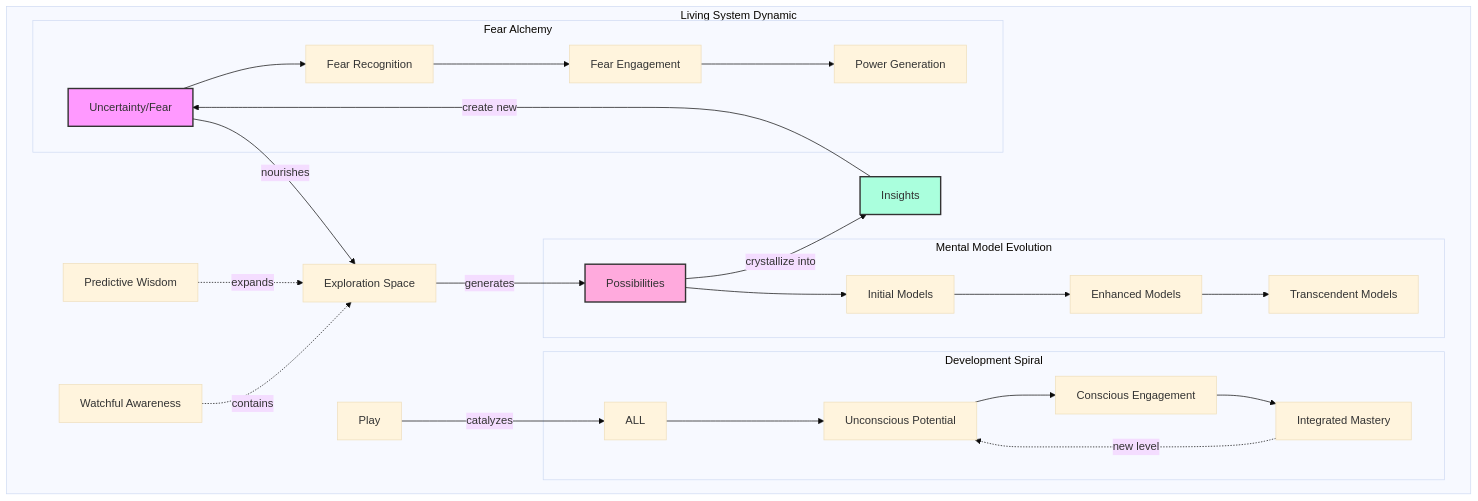
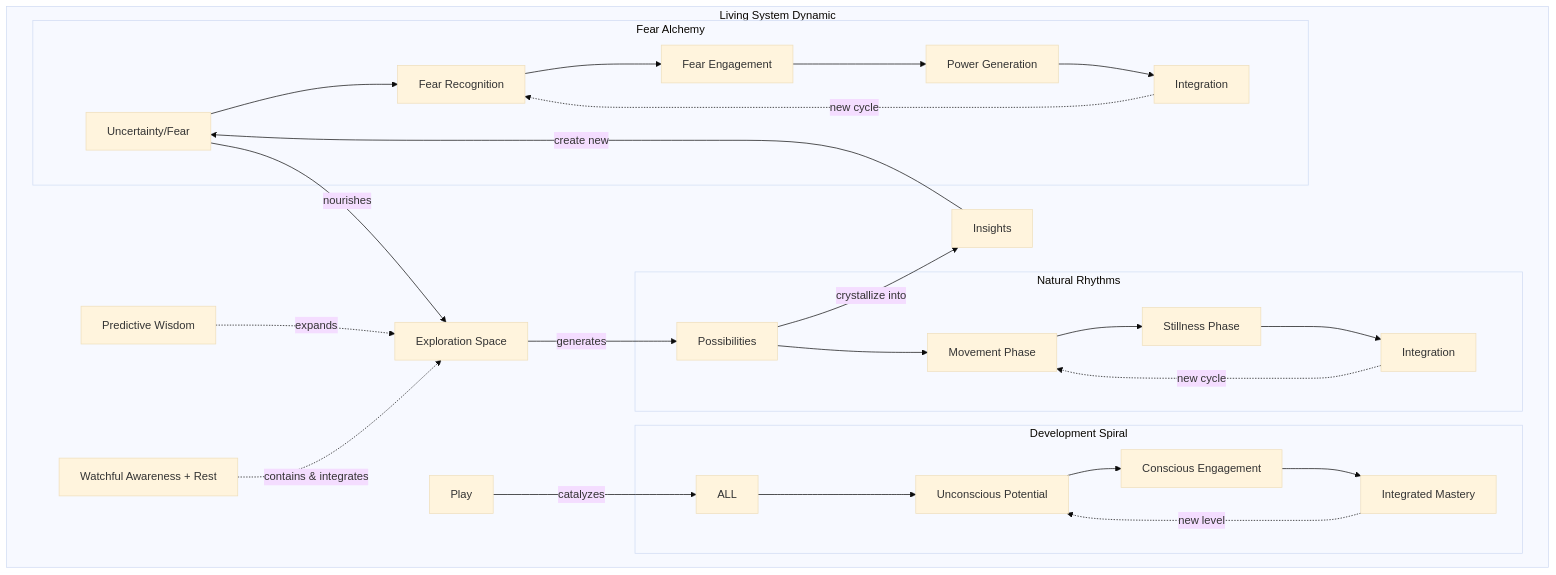
Before and after one commit to phillipclapham/neuroweaver: the sixth of 53 diagrams in README.md, drawn with Mermaid (base theme). The commit also changed other lines of this file, not shown here.

````diff
--- a/README.md
+++ b/README.md
@@ -389,36 +356,35 @@
 ```mermaid
 graph TD
     subgraph "Living System Dynamic"
         U[Uncertainty/Fear] -->|nourishes| E[Exploration Space]
         E -->|generates| P[Possibilities]
         P -->|crystallize into| I[Insights]
         I -->|create new| U
 
         PW[Predictive Wisdom] -.->|expands| E
-        WA[Watchful Awareness] -.->|contains| E
+        WA_R[Watchful Awareness + Rest] -.->|contains & integrates| E
         Play[Play] -->|catalyzes| ALL
 
-        subgraph "Mental Model Evolution"
-            P --> M1[Initial Models]
-            M1 --> M2[Enhanced Models]
-            M2 --> M3[Transcendent Models]
+        subgraph "Natural Rhythms"
+            P --> M1[Movement Phase]
+            M1 --> S1[Stillness Phase]
+            S1 --> I1[Integration]
+            I1 -.->|new cycle| M1
         end
 
         subgraph "Development Spiral"
             ALL --> UN[Unconscious Potential]
             UN --> CO[Conscious Engagement]
             CO --> IN[Integrated Mastery]
             IN -.->|new level| UN
         end
 
         subgraph "Fear Alchemy"
             U --> F1[Fear Recognition]
             F1 --> F2[Fear Engagement]
             F2 --> F3[Power Generation]
+            F3 --> F4[Integration]
+            F4 -.->|new cycle| F1
         end
     end
-
-    style U fill:#f9f,stroke:#333,stroke-width:2px
-    style P fill:#fad,stroke:#333,stroke-width:2px
-    style I fill:#afd,stroke:#333,stroke-width:2px
 ```
````
